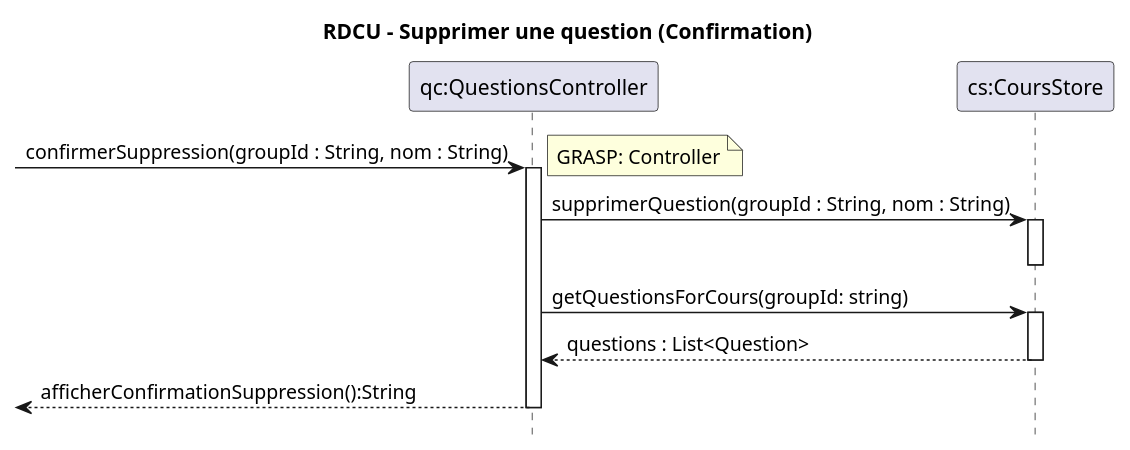
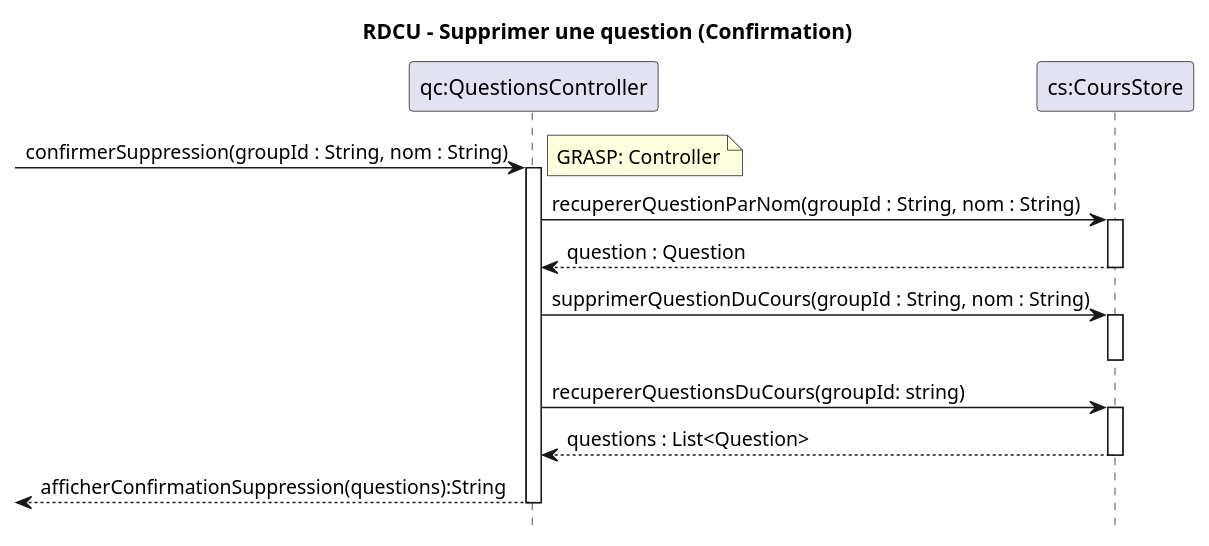
One commit to xMrYahya/moodle-clone changed the diagram in docs/modeles/cu02/rdcu-confirmation-suppression.puml. Above: the diagram before and after it, drawn with PlantUML. The commit also changed 12 other files, not shown here.

```diff
--- a/docs/modeles/cu02/rdcu-confirmation-suppression.puml
+++ b/docs/modeles/cu02/rdcu-confirmation-suppression.puml
@@ -1,26 +1,30 @@
 @startuml
 hide footbox
 title RDCU – Supprimer une question (Confirmation)
 
 participant "qc:QuestionsController" as QC
 participant "cs:CoursStore" as CS
 
 -> QC : confirmerSuppression(groupId : String, nom : String)
 note right: GRASP: Controller
 activate QC
 
-QC -> CS : supprimerQuestion(groupId : String, nom : String)
+QC -> CS : recupererQuestionParNom(groupId : String, nom : String)
+activate CS
+CS --> QC : question : Question
+deactivate CS
+
+QC -> CS : supprimerQuestionDuCours(groupId : String, nom : String)
 activate CS
 deactivate CS
 
-QC -> CS : getQuestionsForCours(groupId: string)
+QC -> CS : recupererQuestionsDuCours(groupId: string)
 activate CS
-'???'
 CS --> QC : questions : List<Question>
 deactivate CS
 
-'QC --> UI : afficherListeQuestions(questions):String'
-<-- QC : afficherConfirmationSuppression():String
+<-- QC : afficherConfirmationSuppression(questions):String
+
 deactivate QC
 
 @enduml
```
